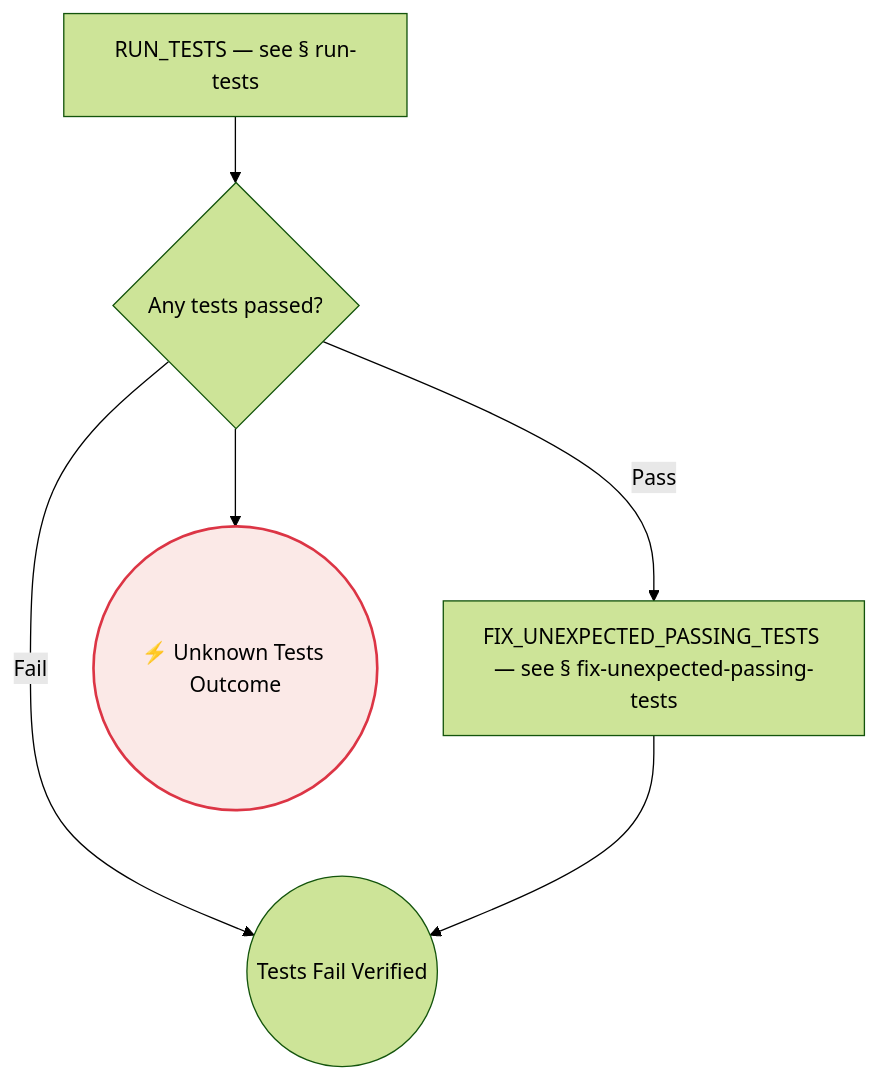
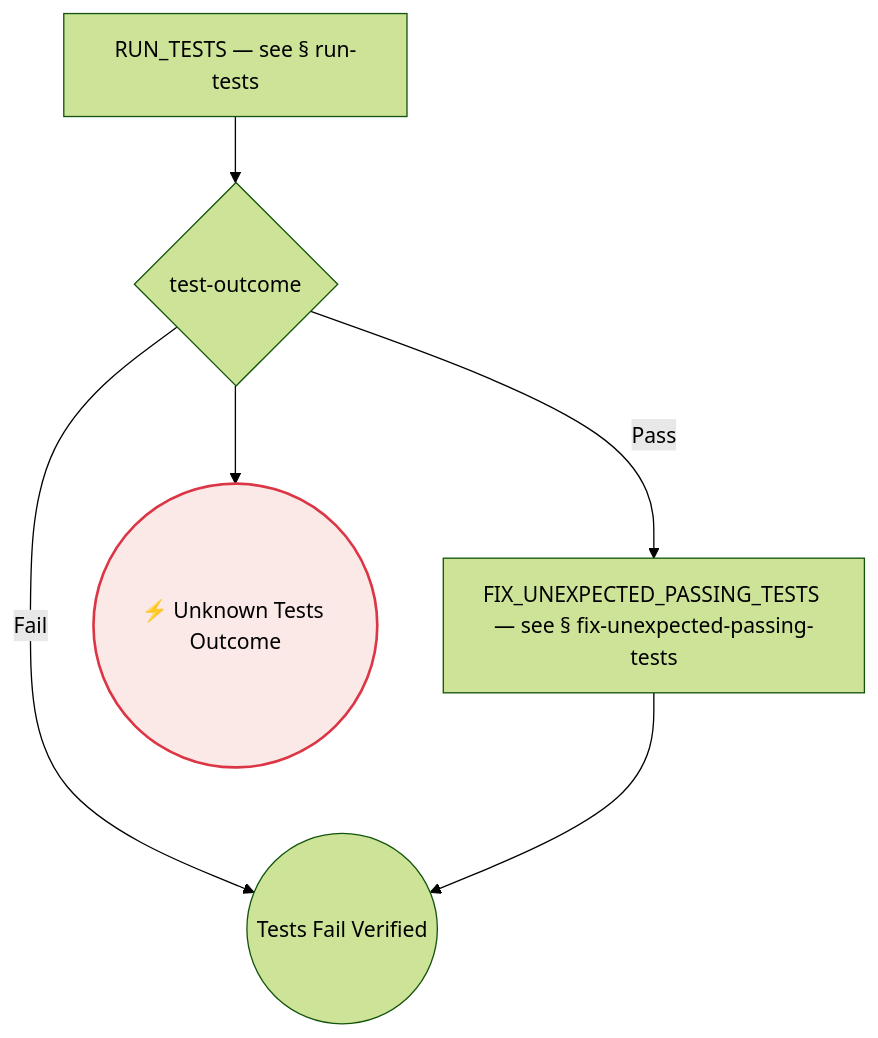
Before and after one commit to optivem/gh-optivem: diagram 25 of 50 in docs/process-diagram.md, drawn with Mermaid (forest theme). The commit also changed other lines of this file and 3 other files, not shown here.

````diff
--- a/docs/process-diagram.md
+++ b/docs/process-diagram.md
@@ -525,17 +525,17 @@
 ```mermaid
 flowchart TD
     FIX_UNEXPECTED_PASSING_TESTS[FIX_UNEXPECTED_PASSING_TESTS — see § fix-unexpected-passing-tests]
-    GATE_TESTS_OUTCOME{Any tests passed?}
+    GATE_TESTS_OUTCOME{test-outcome}
     RUN_TESTS[RUN_TESTS — see § run-tests]
     UNKNOWN_TESTS_OUTCOME((⚡ Unknown Tests Outcome))
     VERIFY_FAIL_END((Tests Fail Verified))
 
     RUN_TESTS --> GATE_TESTS_OUTCOME
     GATE_TESTS_OUTCOME -- Pass --> FIX_UNEXPECTED_PASSING_TESTS
     GATE_TESTS_OUTCOME -- Fail --> VERIFY_FAIL_END
     GATE_TESTS_OUTCOME --> UNKNOWN_TESTS_OUTCOME
     FIX_UNEXPECTED_PASSING_TESTS --> VERIFY_FAIL_END
 
     classDef errorEndNode fill:#fbe9e7,stroke:#dc3545,stroke-width:2px,color:#000000
     class UNKNOWN_TESTS_OUTCOME errorEndNode
 ```
````
